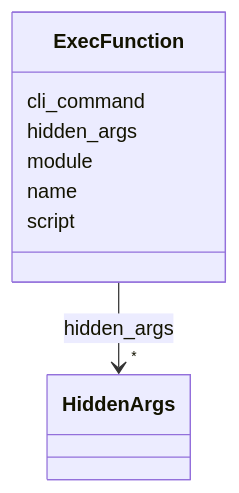
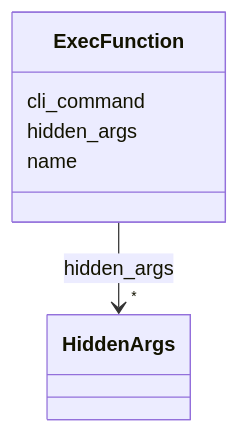
One commit to bilayer-containers/bilayers changed the diagram in docs/developer/ExecFunction.md. Above: the diagram before and after it, drawn with Mermaid. The commit also changed other lines of this file and 39 other files, not shown here.

````diff
--- a/docs/developer/ExecFunction.md
+++ b/docs/developer/ExecFunction.md
@@ -19,23 +19,19 @@
 ```mermaid
  classDiagram
     class ExecFunction
     click ExecFunction href "../ExecFunction"
       ExecFunction : cli_command
         
       ExecFunction : hidden_args
         
           
     
     
     ExecFunction --> "*" HiddenArgs : hidden_args
     click HiddenArgs href "../HiddenArgs"
 
         
-      ExecFunction : module
-        
       ExecFunction : name
-        
-      ExecFunction : script
         
       
 ```
````
